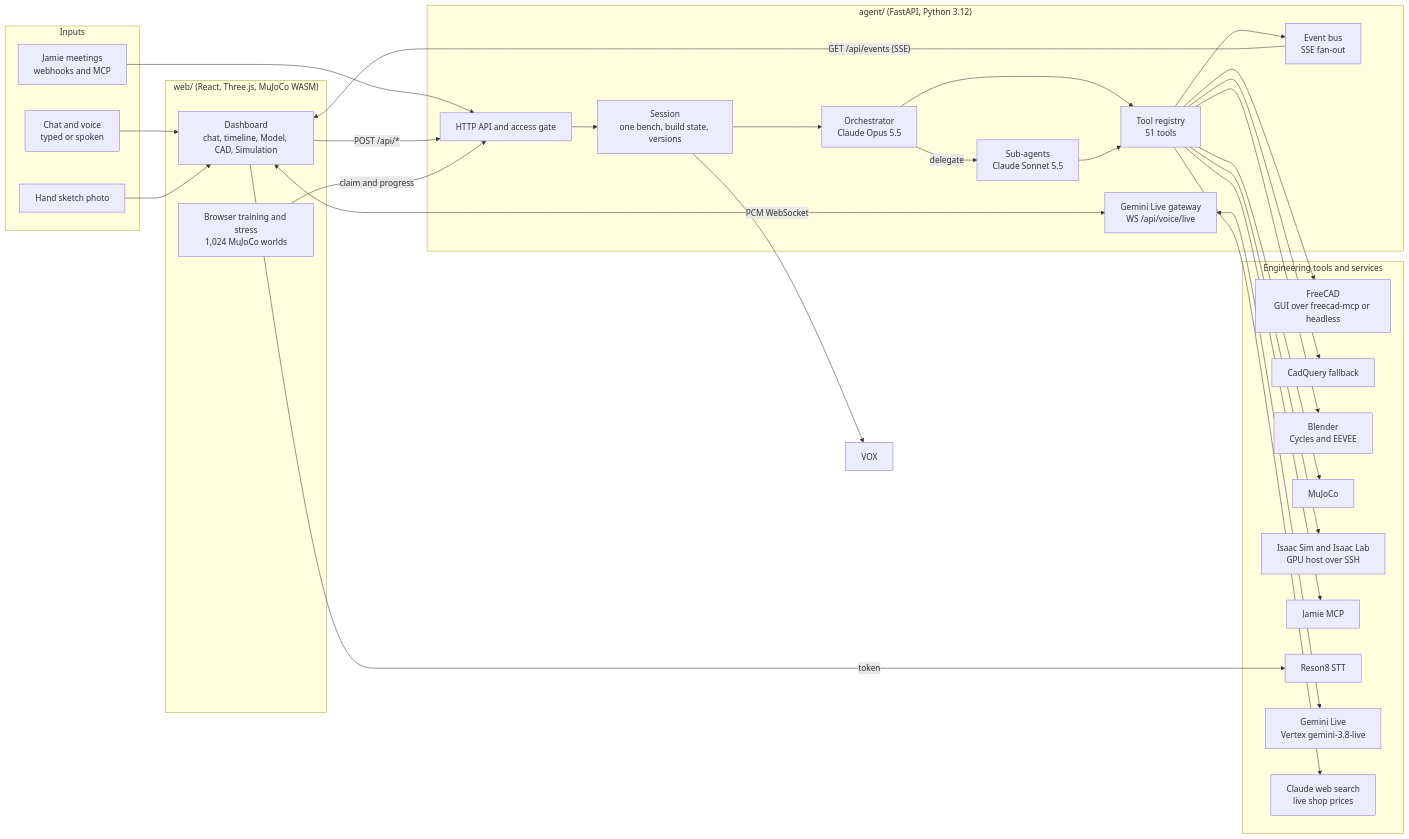
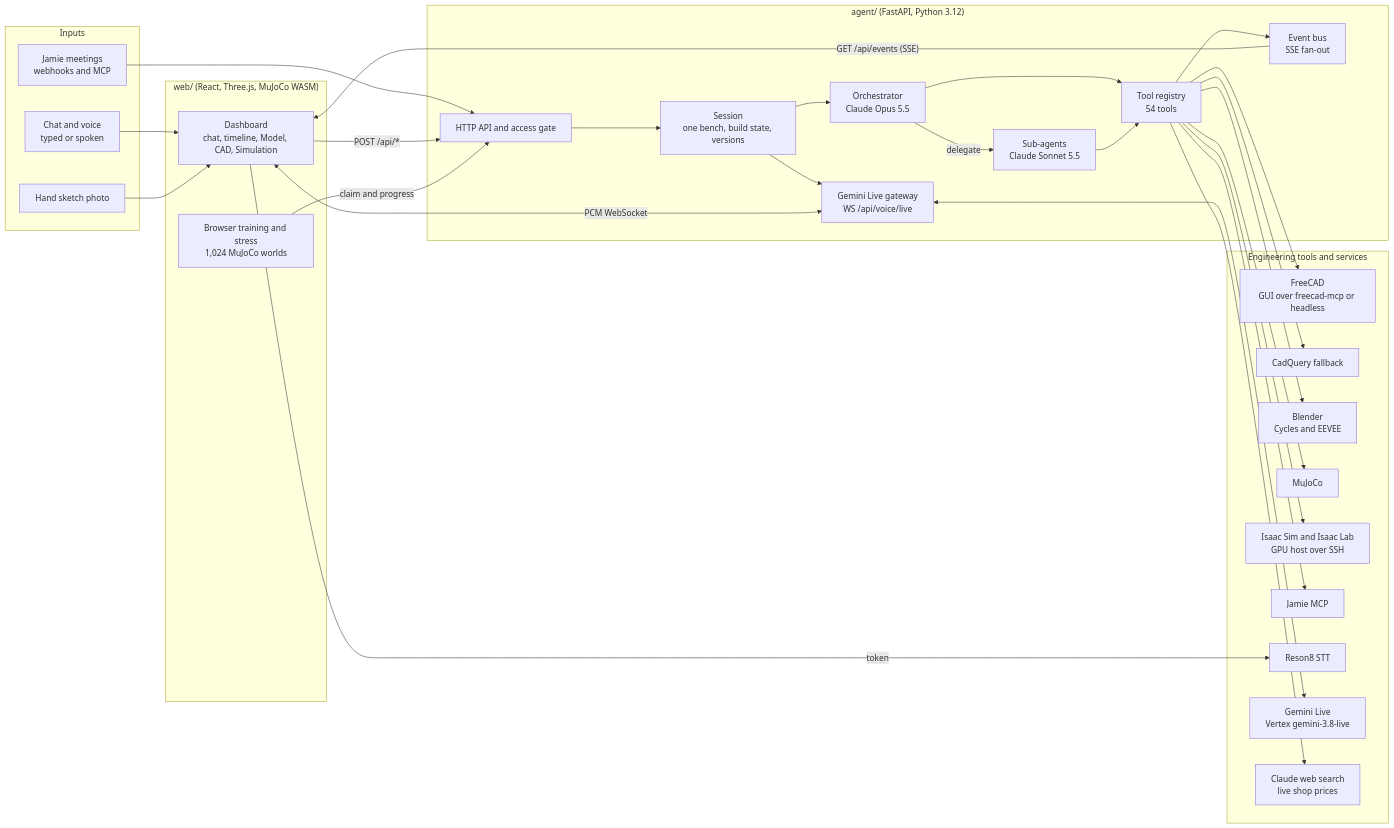
One commit to AnyBuildhackathon/bauplan changed the first of 3 diagrams in docs/ARCHITECTURE.md. Above: the diagram before and after it, drawn with Mermaid. The commit also changed other lines of this file and 35 other files, not shown here.

````diff
--- a/docs/ARCHITECTURE.md
+++ b/docs/ARCHITECTURE.md
@@ -9,59 +9,59 @@
 ```mermaid
 flowchart LR
     subgraph Inputs
         U[Chat and voice<br/>typed or spoken]
         S[Hand sketch photo]
         J[Jamie meetings<br/>webhooks and MCP]
     end
 
     subgraph Web["web/ (React, Three.js, MuJoCo WASM)"]
         UI[Dashboard<br/>chat, timeline, Model, CAD, Simulation]
         BT[Browser training and stress<br/>1,024 MuJoCo worlds]
     end
 
     subgraph Backend["agent/ (FastAPI, Python 3.12)"]
         API[HTTP API and access gate]
         SES[Session<br/>one bench, build state, versions]
         ORC[Orchestrator<br/>Claude Opus 5.5]
         SUB[Sub-agents<br/>Claude Sonnet 5.5]
         GLV[Gemini Live gateway<br/>WS /api/voice/live]
-        REG[Tool registry<br/>51 tools]
+        REG[Tool registry<br/>54 tools]
         BUS[Event bus<br/>SSE fan-out]
     end
 
     subgraph External["Engineering tools and services"]
         FC[FreeCAD<br/>GUI over freecad-mcp or headless]
         CQ[CadQuery fallback]
         BL[Blender<br/>Cycles and EEVEE]
         MJ[MuJoCo]
         IS[Isaac Sim and Isaac Lab<br/>GPU host over SSH]
         JM[Jamie MCP]
         R8[Reson8 STT]
         GL[Gemini Live<br/>Vertex gemini-3.8-live]
         WS[Claude web search<br/>live shop prices]
     end
 
     U --> UI
     S --> UI
     J --> API
     UI -- "POST /api/*" --> API
     API --> SES
     SES --> ORC
-    SES --> VOX
+    SES --> GLV
     ORC -- delegate --> SUB
     ORC --> REG
     SUB --> REG
     REG --> FC
     REG --> CQ
     REG --> BL
     REG --> MJ
     REG --> IS
     REG --> JM
     REG --> WS
     REG --> BUS
     GLV <--> GL
     BUS -- "GET /api/events (SSE)" --> UI
     UI -- "token" --> R8
     UI <-- "PCM WebSocket" --> GLV
     BT -- "claim and progress" --> API
 ```
````
